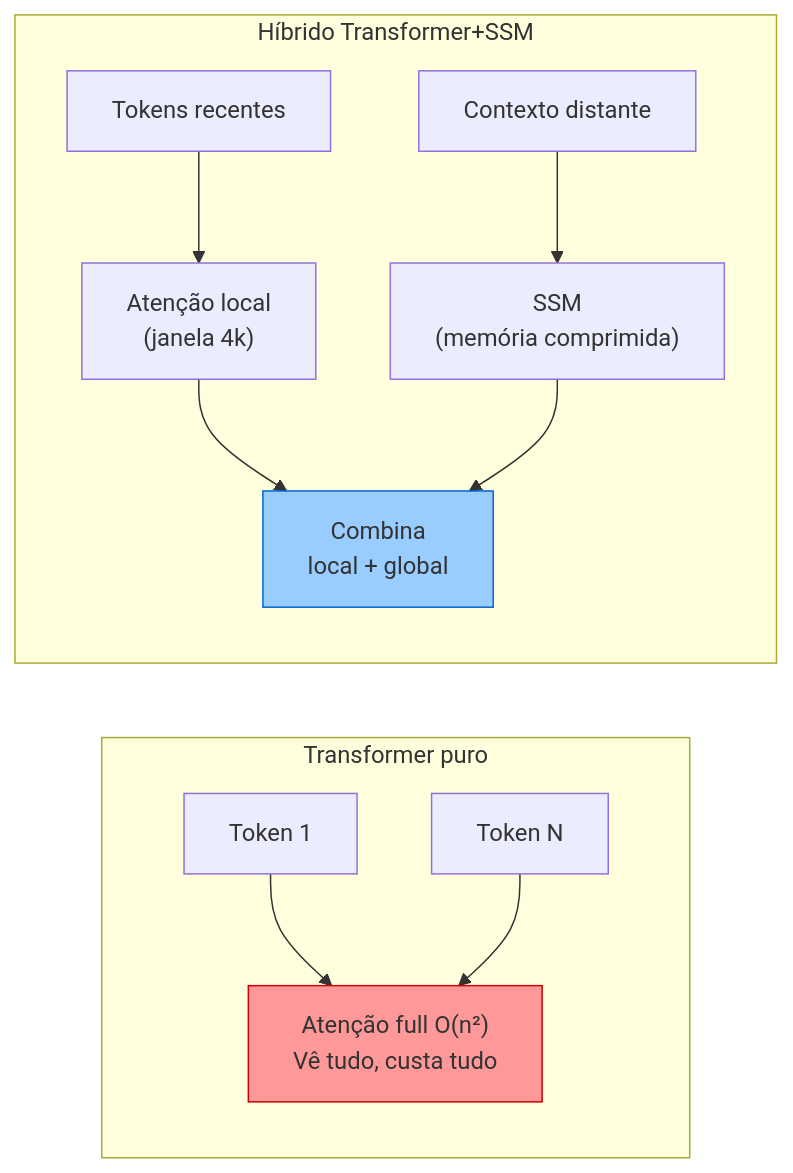
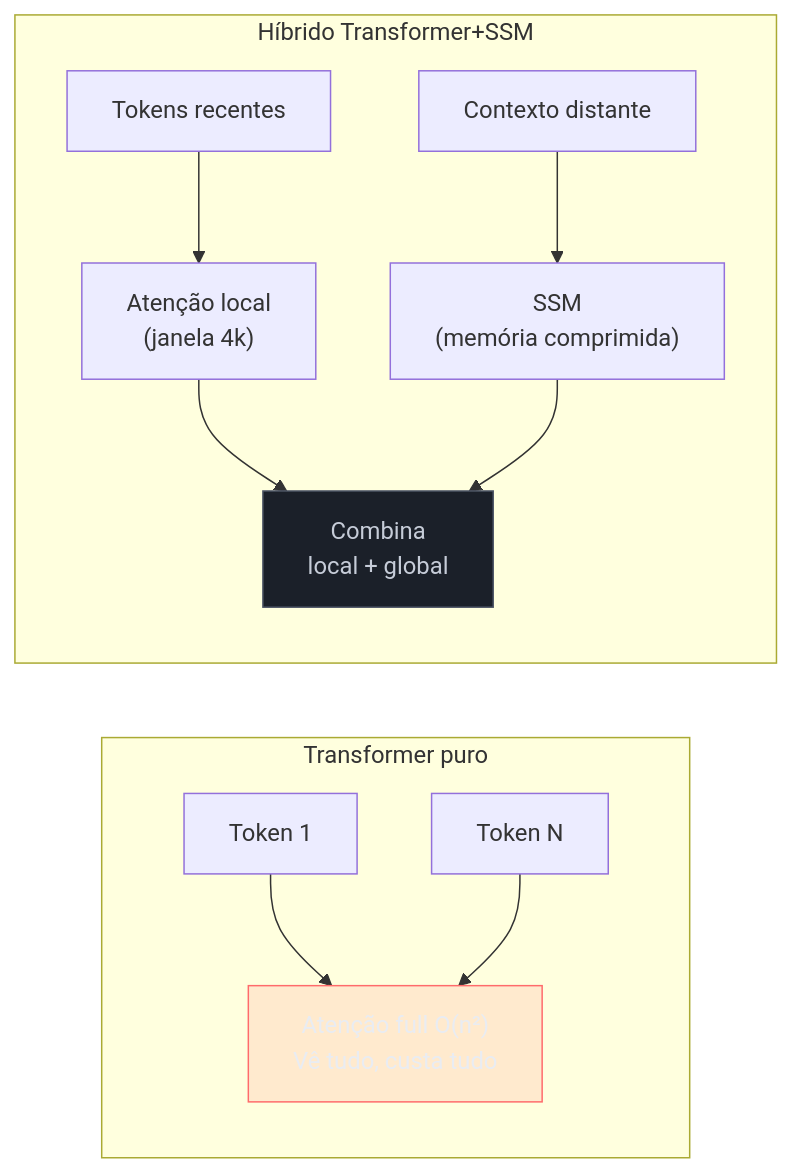
The second of 4 diagrams in 03-Dominios/Tecnologia/IA/Anatomia dos LLMs/17 - O futuro dos LLMs — tendências 2026-2027.md (josenaldo/codex-technomanticus), drawn with Mermaid before and after one commit. The commit also changed 1181 other files, not shown here.

First line of the commit message:
fix(diagramas): paleta do sistema no lugar de cor cravada no markdown

````diff
--- a/03-Dominios/Tecnologia/IA/Anatomia dos LLMs/17 - O futuro dos LLMs — tendências 2026-2027.md
+++ b/03-Dominios/Tecnologia/IA/Anatomia dos LLMs/17 - O futuro dos LLMs — tendências 2026-2027.md
@@ -92,15 +92,17 @@
 ```mermaid
 graph LR
+    classDef falha fill:#FF6B6B24,stroke:#FF6B6B,color:#E9ECF2
+    classDef neutro fill:#1B2029,stroke:#4E5666,color:#C6CCD8
     subgraph "Transformer puro"
         T1["Token 1"] --> A["Atenção full O(n²)\nVê tudo, custa tudo"]
         T2["Token N"] --> A
     end
     subgraph "Híbrido Transformer+SSM"
         S1["Tokens recentes"] --> AT["Atenção local\n(janela 4k)"]
         S2["Contexto distante"] --> SM["SSM\n(memória comprimida)"]
         AT --> MIX["Combina\nlocal + global"]
         SM --> MIX
     end
-    style A fill:#ff9999,stroke:#cc0000
-    style MIX fill:#99ccff,stroke:#0066cc
+    class A falha
+    class MIX neutro
 ```
````
